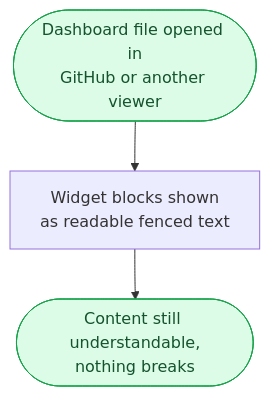
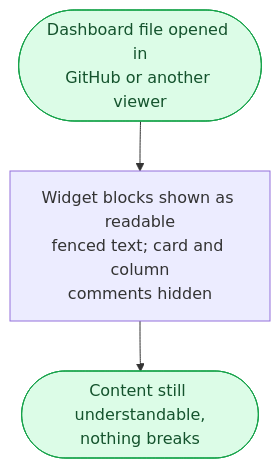
One commit to bluzky/daisy-app changed the second of 5 diagrams in docs/features/markdown-dashboard.md. Above: the diagram before and after it, drawn with Mermaid. The commit also changed other lines of this file and 49 other files, not shown here.

````diff
--- a/docs/features/markdown-dashboard.md
+++ b/docs/features/markdown-dashboard.md
@@ -50,8 +57,8 @@
 ```mermaid
 flowchart TD
-    O(["Dashboard file opened in<br/>GitHub or another viewer"]) --> C["Widget blocks shown<br/>as readable fenced text"]
+    O(["Dashboard file opened in<br/>GitHub or another viewer"]) --> C["Widget blocks shown as readable<br/>fenced text; card and column<br/>comments hidden"]
     C --> D(["Content still understandable,<br/>nothing breaks"])
 
     classDef terminal fill:#dcfce7,stroke:#16a34a,color:#14532d
     class O,D terminal
 ```
````
